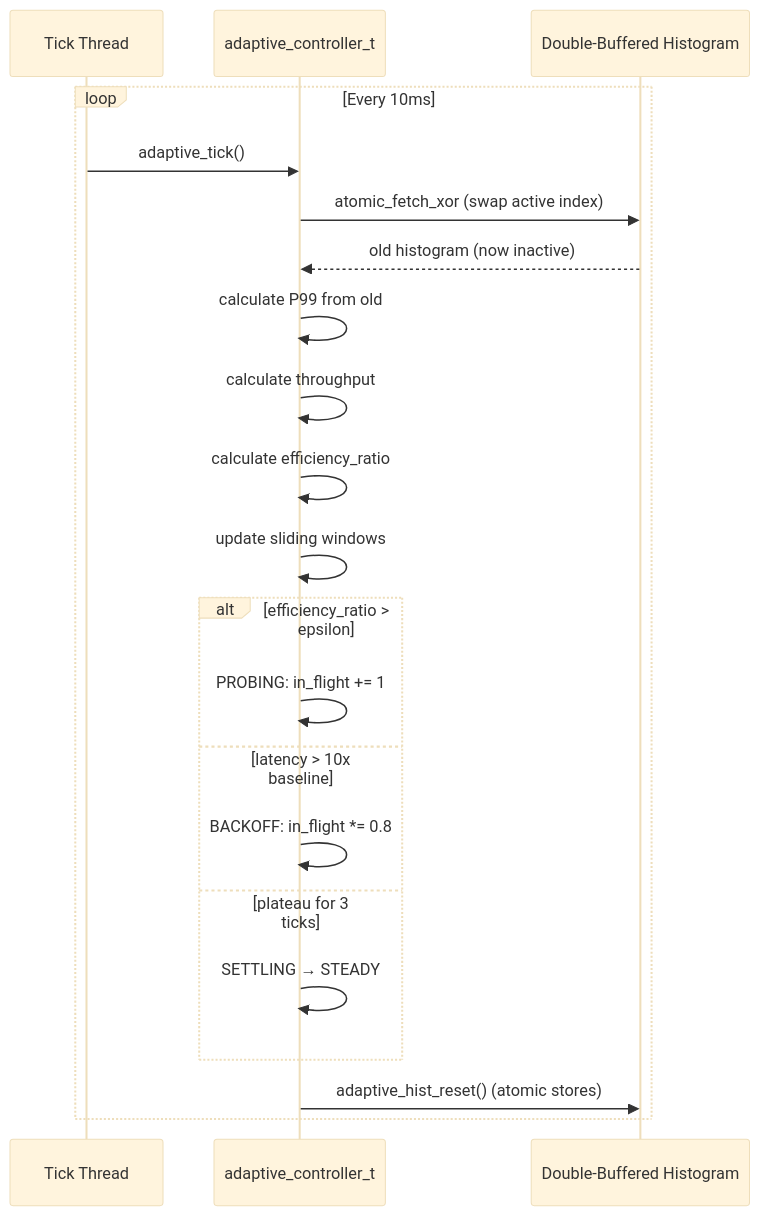
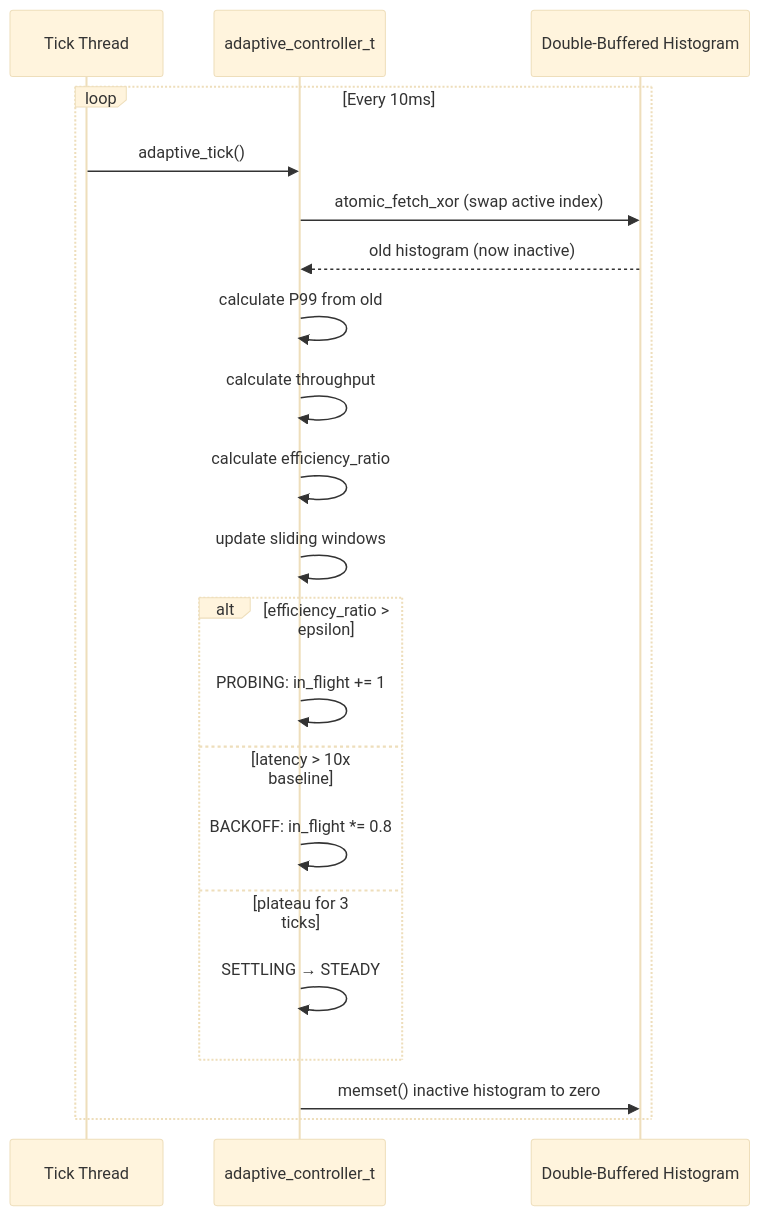
One commit to Par-B/AuraIO changed the fourth of 5 diagrams in docs/CODEBASE_MAP.md. Above: the diagram before and after it, drawn with Mermaid (base theme). The commit also changed other lines of this file and 73 other files, not shown here.

````diff
--- a/docs/CODEBASE_MAP.md
+++ b/docs/CODEBASE_MAP.md
@@ -759,26 +847,26 @@
 ```mermaid
 sequenceDiagram
     participant Tick as Tick Thread
     participant Ctrl as adaptive_controller_t
     participant Hist as Double-Buffered Histogram
 
     loop Every 10ms
         Tick->>Ctrl: adaptive_tick()
         Ctrl->>Hist: atomic_fetch_xor (swap active index)
         Hist-->>Ctrl: old histogram (now inactive)
         Ctrl->>Ctrl: calculate P99 from old
         Ctrl->>Ctrl: calculate throughput
         Ctrl->>Ctrl: calculate efficiency_ratio
         Ctrl->>Ctrl: update sliding windows
 
         alt efficiency_ratio > epsilon
             Ctrl->>Ctrl: PROBING: in_flight += 1
         else latency > 10x baseline
             Ctrl->>Ctrl: BACKOFF: in_flight *= 0.8
         else plateau for 3 ticks
             Ctrl->>Ctrl: SETTLING → STEADY
         end
 
-        Ctrl->>Hist: adaptive_hist_reset() (atomic stores)
+        Ctrl->>Hist: memset() inactive histogram to zero
     end
 ```
````
